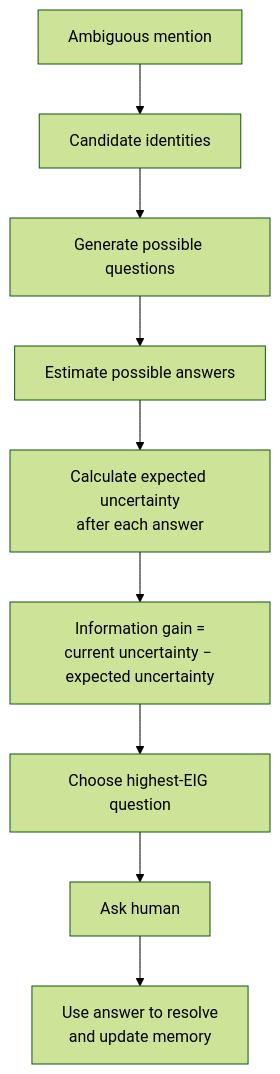
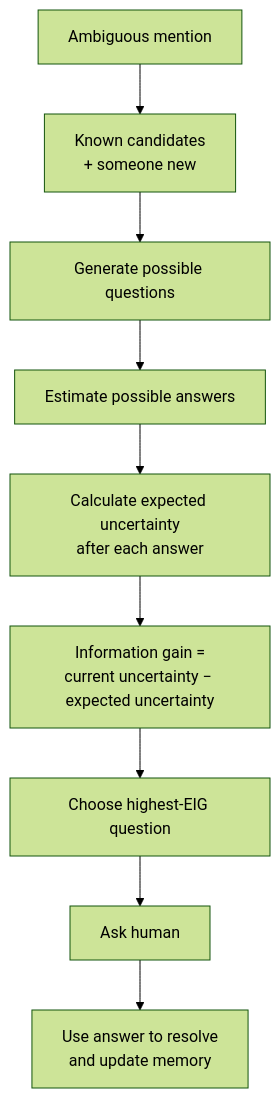
The second of 2 diagrams in WRITEUP.md (jiahuiiiii/Recall), drawn with Mermaid (forest theme) before and after one commit. The commit also changed other lines of this file, not shown here.

````diff
--- a/WRITEUP.md
+++ b/WRITEUP.md
@@ -111,11 +111,11 @@
 ```mermaid
 flowchart TD
-    A["Ambiguous mention"] --> B["Candidate identities"]
+    A["Ambiguous mention"] --> B["Known candidates<br/>+ someone new"]
     B --> C["Generate possible questions"]
     C --> D["Estimate possible answers"]
     D --> E["Calculate expected uncertainty<br/>after each answer"]
     E --> F["Information gain =<br/>current uncertainty − expected uncertainty"]
     F --> G["Choose highest-EIG question"]
     G --> H["Ask human"]
     H --> I["Use answer to resolve<br/>and update memory"]
 ```
````
